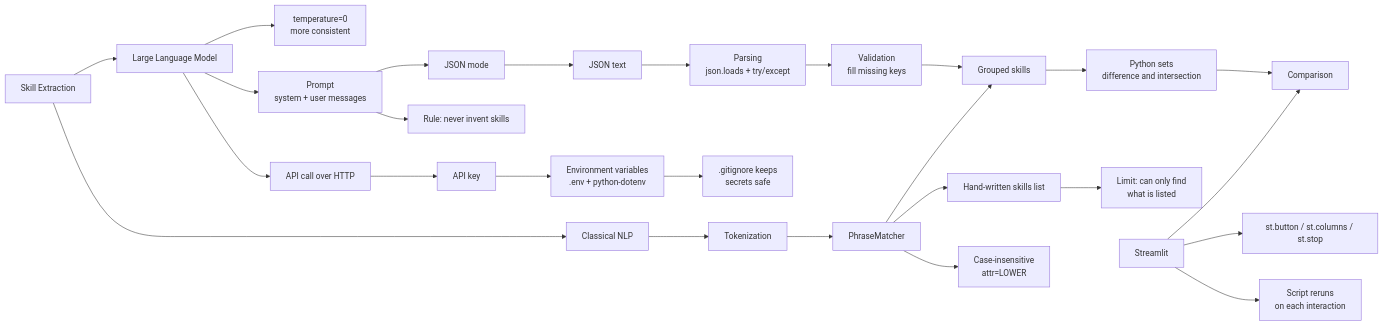
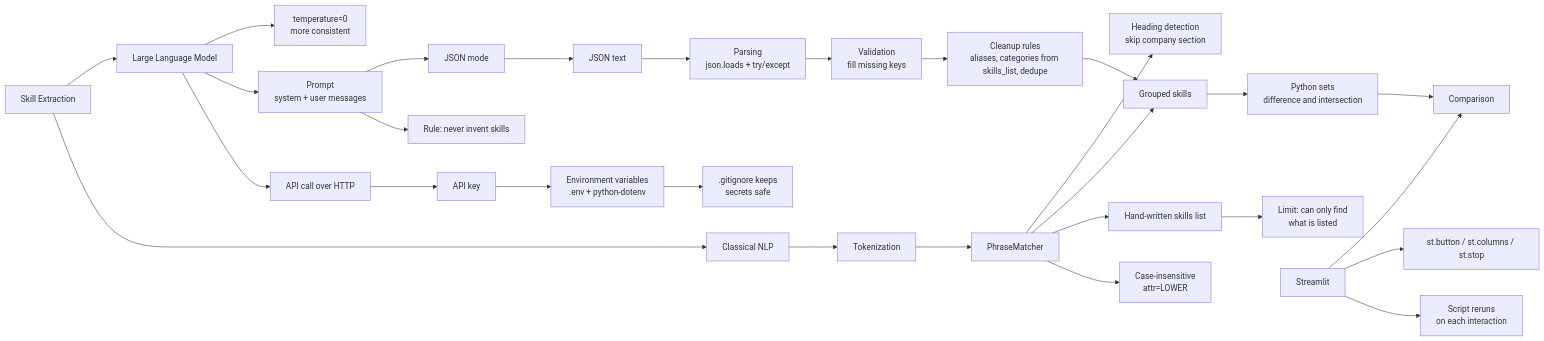
The second of 3 diagrams in docs/KNOWLEDGE_GRAPH.md (Nancy-gith/jd-skill-extractor), drawn with Mermaid before and after one commit. The commit also changed other lines of this file and 8 other files, not shown here.

````diff
--- a/docs/KNOWLEDGE_GRAPH.md
+++ b/docs/KNOWLEDGE_GRAPH.md
@@ -40,31 +41,32 @@
 ```mermaid
 flowchart LR
     SE[Skill Extraction] --> NLP[Classical NLP]
     SE --> LLM[Large Language Model]
 
     NLP --> TOK[Tokenization] --> PM[PhraseMatcher]
     PM --> LOW[Case-insensitive<br/>attr=LOWER]
     PM --> LIST[Hand-written skills list]
     LIST --> LIM1[Limit: can only find<br/>what is listed]
 
     LLM --> API[API call over HTTP]
     API --> KEY[API key]
     KEY --> ENV[Environment variables<br/>.env + python-dotenv]
     ENV --> GIT[.gitignore keeps<br/>secrets safe]
     LLM --> PR[Prompt<br/>system + user messages]
     PR --> RULE[Rule: never invent skills]
     PR --> JM[JSON mode]
     JM --> JSON[JSON text]
     JSON --> PARSE[Parsing<br/>json.loads + try/except]
     PARSE --> VAL[Validation<br/>fill missing keys]
     LLM --> TEMP[temperature=0<br/>more consistent]
 
     PM --> OUT[Grouped skills]
-    VAL --> OUT
+    VAL --> CLEAN[Cleanup rules<br/>aliases, categories from skills_list, dedupe] --> OUT
+    PM --> ABOUT[Heading detection<br/>skip company section]
     OUT --> SET[Python sets<br/>difference and intersection]
     SET --> CMP[Comparison]
 
     UI[Streamlit] --> RERUN[Script reruns<br/>on each interaction]
     UI --> BTN[st.button / st.columns / st.stop]
     UI --> CMP
 ```
````
